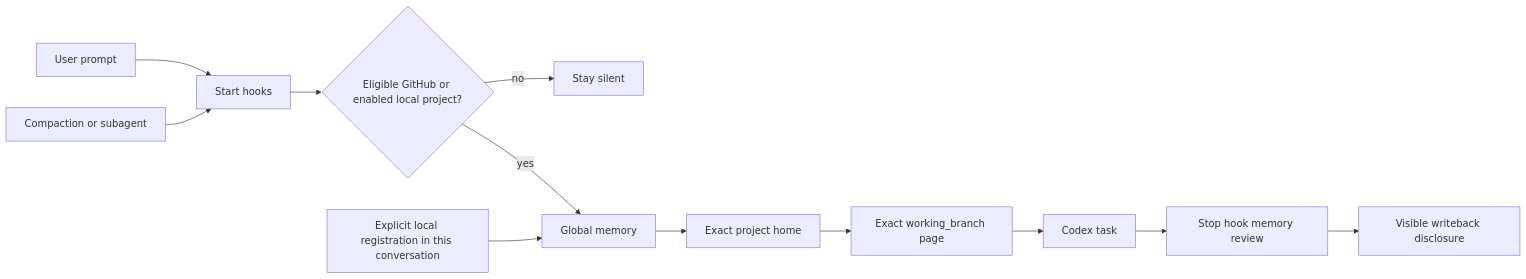
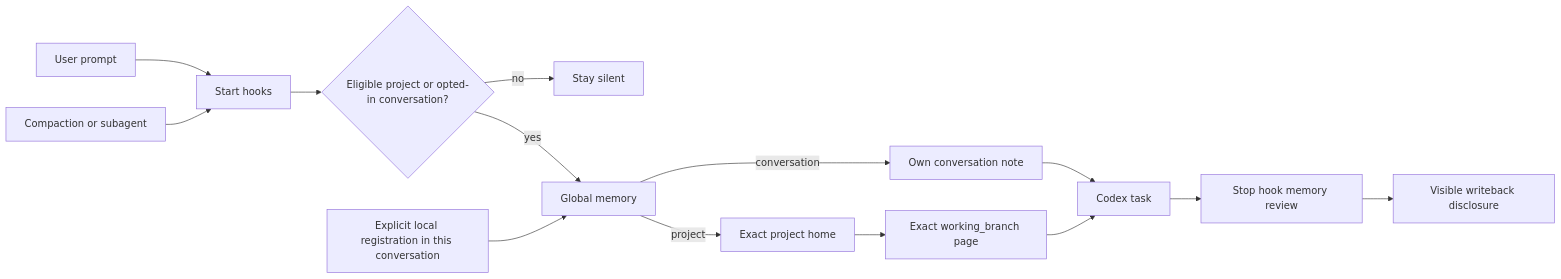
Before and after one commit to Wang-Ruibin/codex-obsidian-memory: the diagram in README.md, drawn with Mermaid. The commit also changed other lines of this file and 42 other files, not shown here.

````diff
--- a/README.md
+++ b/README.md
@@ -223,14 +238,16 @@
 ```mermaid
 flowchart LR
     A[User prompt] --> B[Start hooks]
     C[Compaction or subagent] --> B
-    B --> D{Eligible GitHub or enabled local project?}
+    B --> D{Eligible project or opted-in conversation?}
     D -- no --> E[Stay silent]
     D -- yes --> F[Global memory]
     L[Explicit local registration in this conversation] --> F
-    F --> G[Exact project home]
+    F -- project --> G[Exact project home]
+    F -- conversation --> M[Own conversation note]
+    M --> I[Codex task]
     G --> H[Exact working_branch page]
     H --> I[Codex task]
     I --> J[Stop hook memory review]
     J --> K[Visible writeback disclosure]
 ```
````
